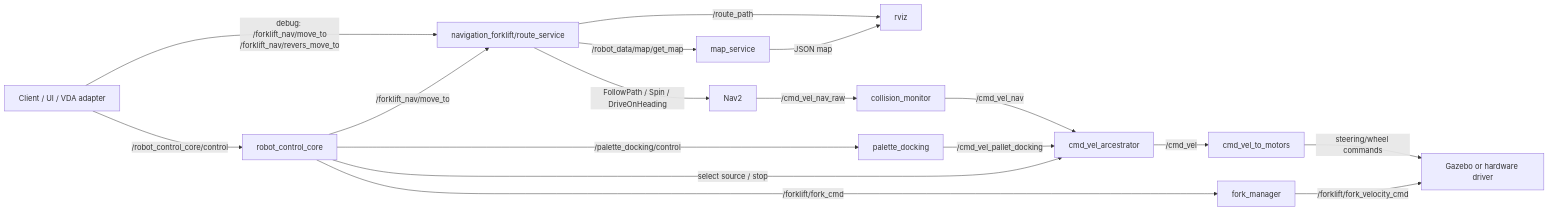
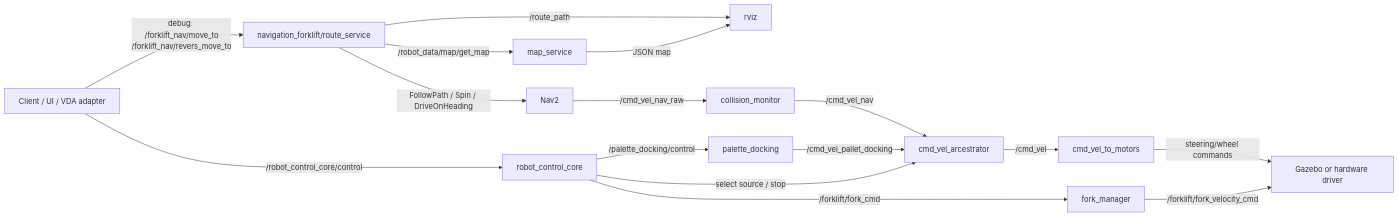
The diagram in README.md (ilya-kkk/forklift_test), drawn with Mermaid before and after one commit. The commit also changed other lines of this file and 14 other files, not shown here.

````diff
--- a/README.md
+++ b/README.md
@@ -25,19 +25,18 @@
 ```mermaid
 flowchart LR
   U[Client / UI / VDA adapter] -->|/robot_control_core/control| RCC[robot_control_core]
   U -->|debug: /forklift_nav/move_to<br/>/forklift_nav/revers_move_to| RS[navigation_forklift/route_service]
   RS -->|/robot_data/map/get_map| MS[map_service]
   RS -->|/route_path| RV[rviz]
   RS -->|FollowPath / Spin / DriveOnHeading| N2[Nav2]
   N2 -->|/cmd_vel_nav_raw| CM[collision_monitor]
   CM -->|/cmd_vel_nav| AR[cmd_vel_arcestrator]
   PD[palette_docking] -->|/cmd_vel_pallet_docking| AR
   RCC -->|select source / stop| AR
-  RCC -->|/forklift_nav/move_to| RS
   RCC -->|/palette_docking/control| PD
   RCC -->|/forklift/fork_cmd| FM
   AR -->|/cmd_vel| CVM[cmd_vel_to_motors]
   CVM -->|steering/wheel commands| HW[Gazebo or hardware driver]
   FM[fork_manager] -->|/forklift/fork_velocity_cmd| HW
   MS -->|JSON map| RV
 ```
````
